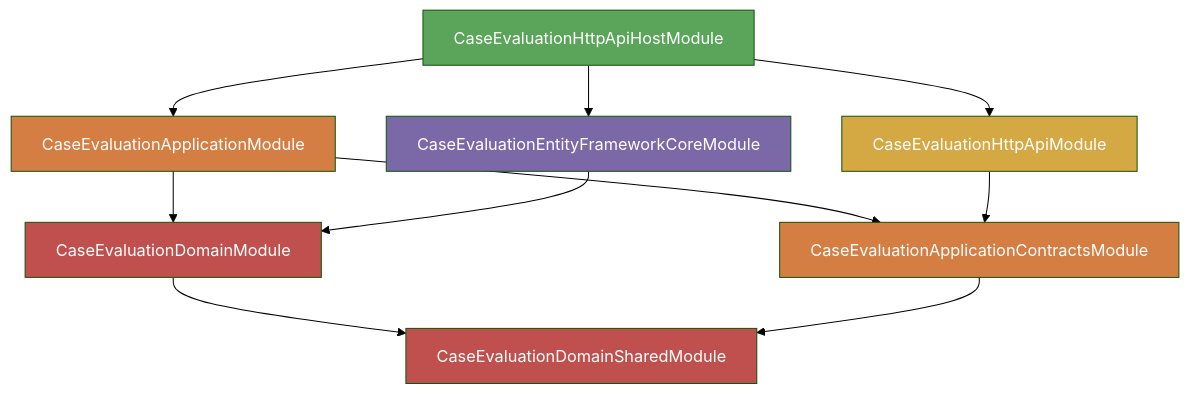
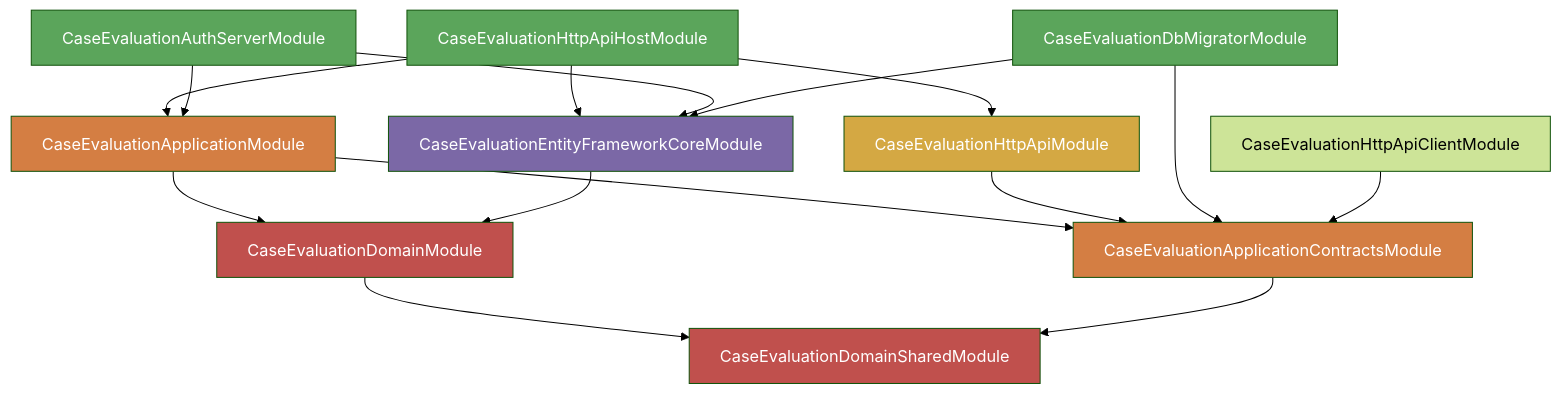
The first of 3 diagrams in docs/architecture/ABP-FRAMEWORK.md (gesco-healthcare-support/hcs-patient-portal), drawn with Mermaid (forest theme) before and after one commit. The commit also changed other lines of this file and 6 other files, not shown here.

First line of the commit message:
docs(architecture): re-baseline the architecture and CI reference pages

````diff
--- a/docs/architecture/ABP-FRAMEWORK.md
+++ b/docs/architecture/ABP-FRAMEWORK.md
@@ -19,28 +19,38 @@
 ```mermaid
 flowchart TB
     DomainShared["CaseEvaluationDomainSharedModule"]
     Domain["CaseEvaluationDomainModule"]
     AppContracts["CaseEvaluationApplicationContractsModule"]
     Application["CaseEvaluationApplicationModule"]
     EFCore["CaseEvaluationEntityFrameworkCoreModule"]
     HttpApi["CaseEvaluationHttpApiModule"]
     HttpApiHost["CaseEvaluationHttpApiHostModule"]
+    AuthServer["CaseEvaluationAuthServerModule"]
+    DbMigrator["CaseEvaluationDbMigratorModule"]
+    HttpApiClient["CaseEvaluationHttpApiClientModule"]
 
     Domain --> DomainShared
     AppContracts --> DomainShared
     Application --> Domain
     Application --> AppContracts
     EFCore --> Domain
     HttpApi --> AppContracts
     HttpApiHost --> HttpApi
     HttpApiHost --> Application
     HttpApiHost --> EFCore
+    AuthServer --> Application
+    AuthServer --> EFCore
+    DbMigrator --> AppContracts
+    DbMigrator --> EFCore
+    HttpApiClient --> AppContracts
 
     style DomainShared fill:#C0504D,color:#fff
     style Domain fill:#C0504D,color:#fff
     style AppContracts fill:#D47E43,color:#fff
     style Application fill:#D47E43,color:#fff
     style EFCore fill:#7B68A6,color:#fff
     style HttpApi fill:#D4A843,color:#fff
     style HttpApiHost fill:#5BA55B,color:#fff
+    style AuthServer fill:#5BA55B,color:#fff
+    style DbMigrator fill:#5BA55B,color:#fff
 ```
````
